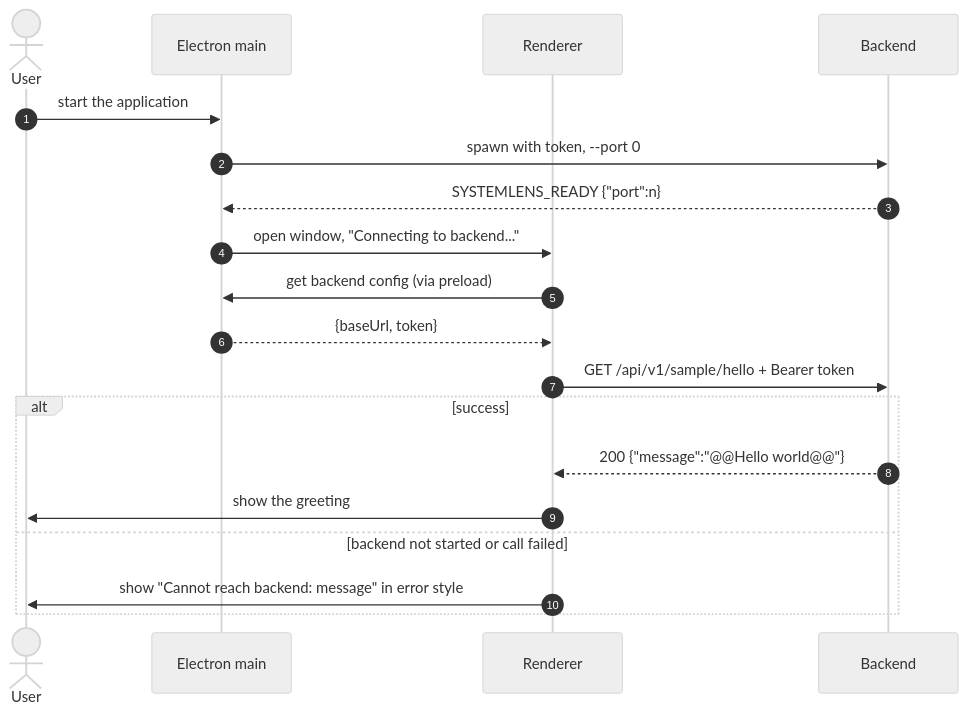
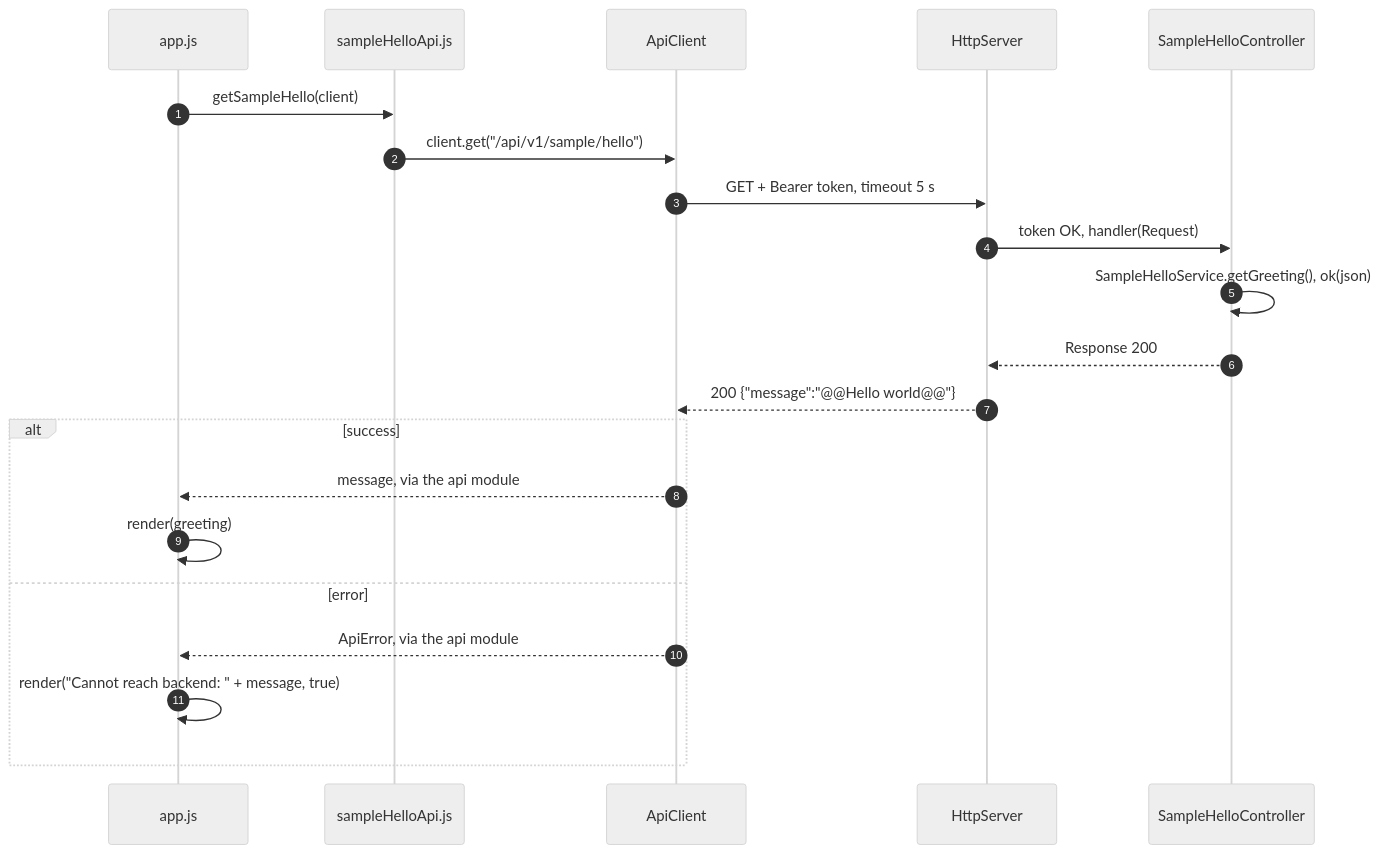
One commit to hoanglong1412/SystemLens changed the ninth of 9 diagrams in docs/design/RQ001_CoreProject/RQ001_HLD.md. Above: the diagram before and after it, drawn with Mermaid (neutral theme). The commit also changed other lines of this file and 5 other files, not shown here.

````diff
--- a/docs/design/RQ001_CoreProject/RQ001_HLD.md
+++ b/docs/design/RQ001_CoreProject/RQ001_HLD.md
@@ -130,22 +261,24 @@
 ```mermaid
 sequenceDiagram
     autonumber
-    actor U as User
-    participant M as Electron main
-    participant R as Renderer
-    participant B as Backend
+    participant UI as app.js
+    participant MOD as sampleHelloApi.js
+    participant AC as ApiClient
+    participant HS as HttpServer
+    participant C as SampleHelloController
 
-    U->>M: start the application
-    M->>B: spawn with token, --port 0
-    B-->>M: SYSTEMLENS_READY {"port":n}
-    M->>R: open window, "Connecting to backend..."
-    R->>M: get backend config (via preload)
-    M-->>R: {baseUrl, token}
-    R->>B: GET /api/v1/sample/hello + Bearer token
+    UI->>MOD: getSampleHello(client)
+    MOD->>AC: client.get("/api/v1/sample/hello")
+    AC->>HS: GET + Bearer token, timeout 5 s
+    HS->>C: token OK, handler(Request)
+    C->>C: SampleHelloService.getGreeting(), ok(json)
+    C-->>HS: Response 200
+    HS-->>AC: 200 {"message":"@@Hello world@@"}
     alt success
-        B-->>R: 200 {"message":"@@Hello world@@"}
-        R->>U: show the greeting
-    else backend not started or call failed
-        R->>U: show "Cannot reach backend: message" in error style
+        AC-->>UI: message, via the api module
+        UI->>UI: render(greeting)
+    else error
+        AC-->>UI: ApiError, via the api module
+        UI->>UI: render("Cannot reach backend: " + message, true)
     end
 ```
````
